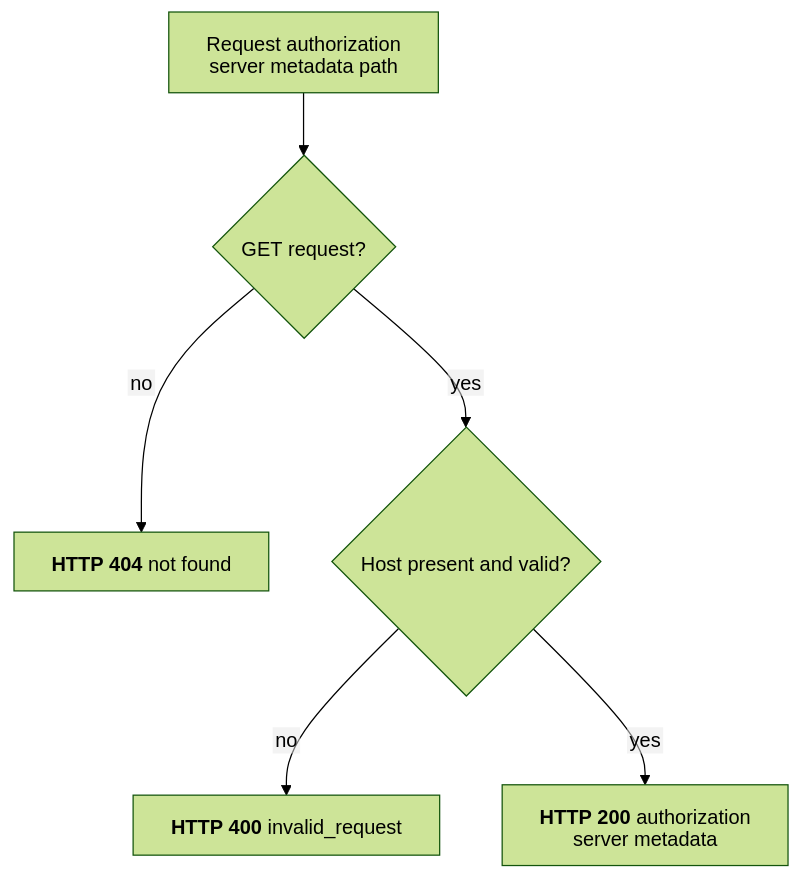
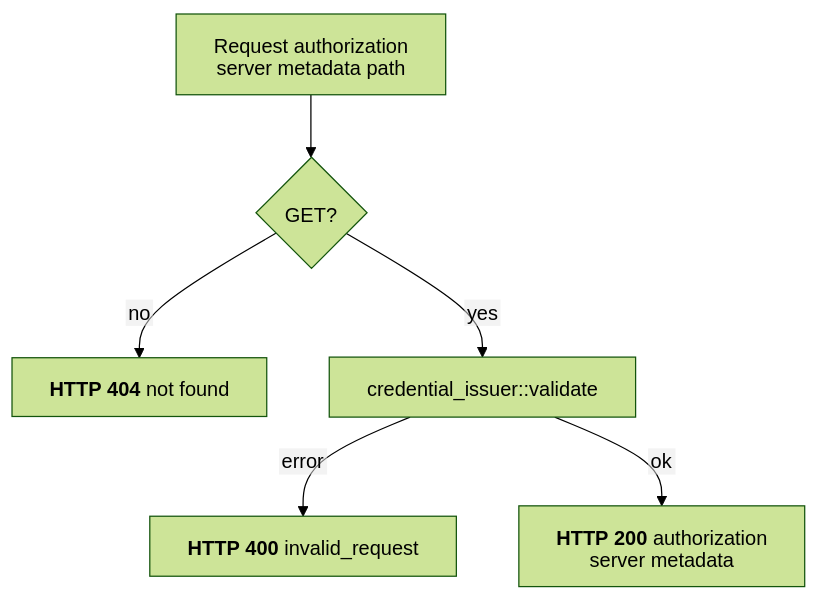
One commit to malach-it/kagome changed the diagram in docs/flows/openid4vci/authorization_server_metadata_endpoint.mmd. Above: the diagram before and after it, drawn with Mermaid (forest theme). The commit also changed 42 other files, not shown here.

Commit message:
docs: simplify flow graphs to resource actions

```diff
--- a/docs/flows/openid4vci/authorization_server_metadata_endpoint.mmd
+++ b/docs/flows/openid4vci/authorization_server_metadata_endpoint.mmd
@@ -1,7 +1,7 @@
 %%{init: {"htmlLabels": false, "flowchart": {"htmlLabels": false}}}%%
 flowchart TD
-    start[Request authorization server metadata path] --> method{GET request?}
+    start[Request authorization server metadata path] --> method{GET?}
     method -- no --> not_found["`**HTTP 404** not found`"]
-    method -- yes --> host{Host present and valid?}
-    host -- no --> error["`**HTTP 400** invalid_request`"]
-    host -- yes --> success["`**HTTP 200** authorization server metadata`"]
+    method -- yes --> issuer["credential_issuer::validate"]
+    issuer -- error --> error["`**HTTP 400** invalid_request`"]
+    issuer -- ok --> success["`**HTTP 200** authorization server metadata`"]
```
